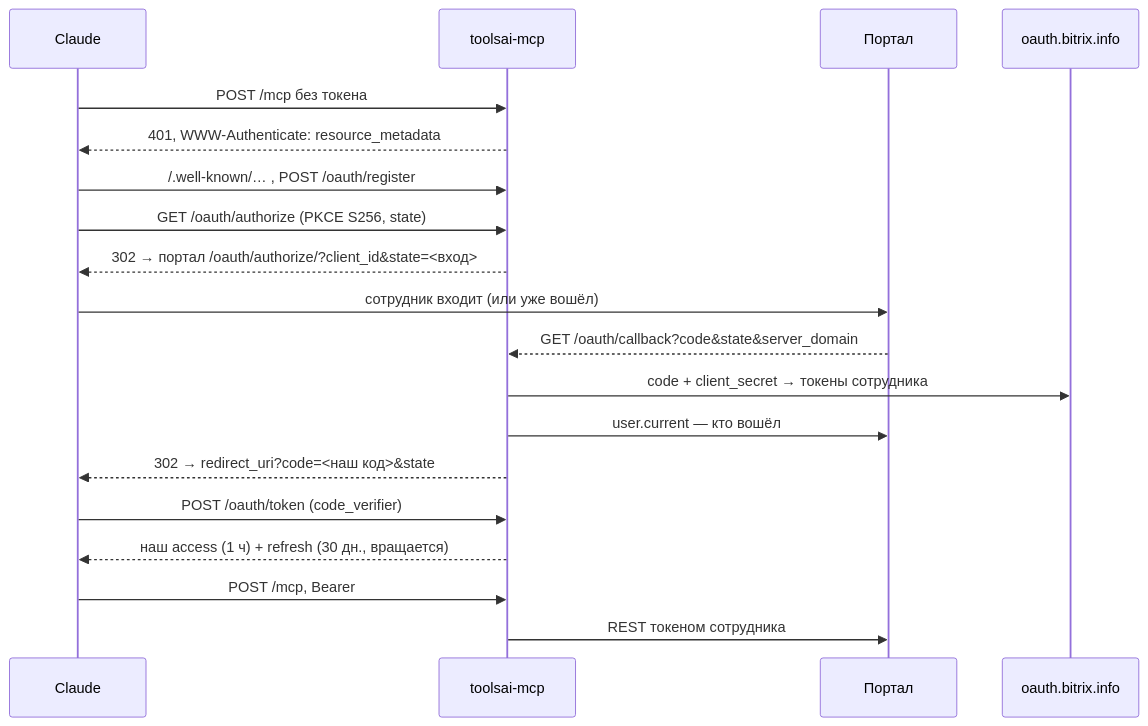
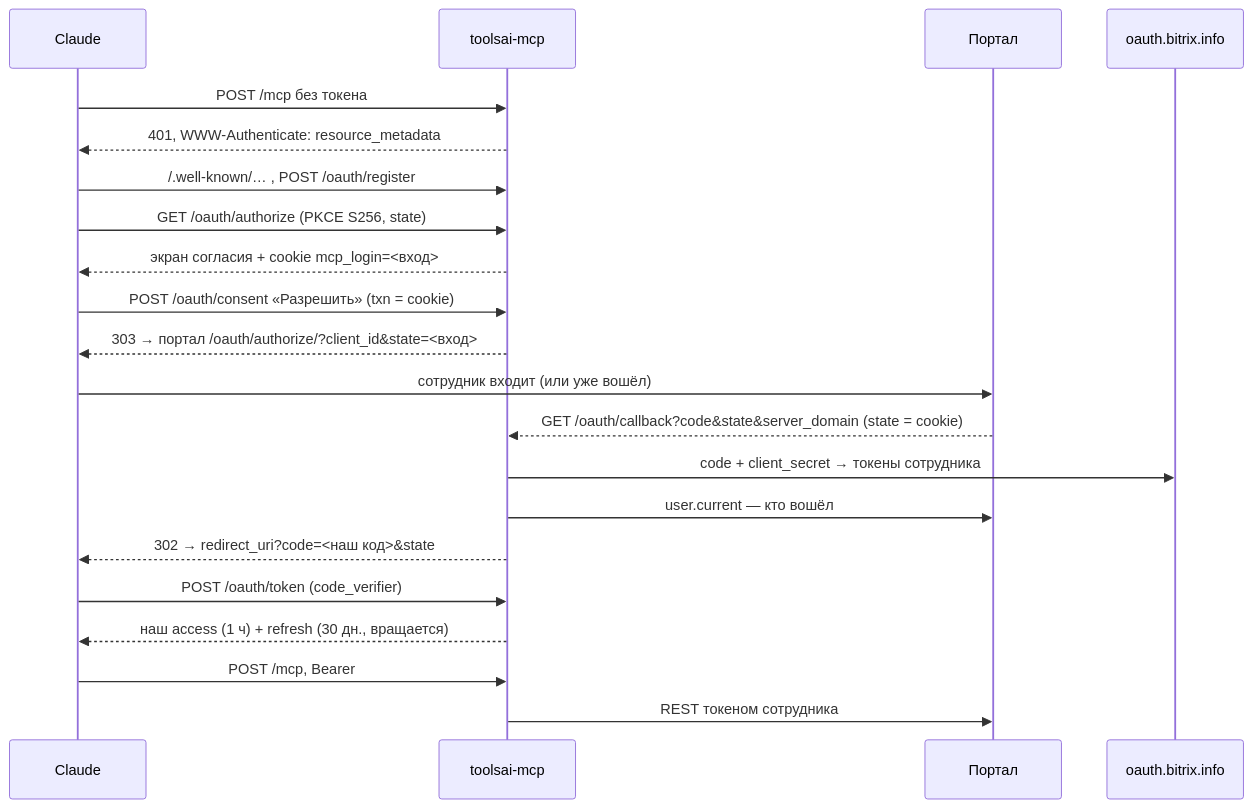
One commit to bx-shef/toolsai-mcp changed the diagram in docs/ARCHITECTURE.md. Above: the diagram before and after it, drawn with Mermaid. The commit also changed other lines of this file and 29 other files, not shown here.

First line of the commit message:
fix(oauth): экран согласия, привязка входа к браузеру и правки по ревью панели

````diff
--- a/docs/ARCHITECTURE.md
+++ b/docs/ARCHITECTURE.md
@@ -18,21 +18,23 @@
 ```mermaid
 sequenceDiagram
   participant C as Claude
   participant M as toolsai-mcp
   participant P as Портал
   participant O as oauth.bitrix.info
   C->>M: POST /mcp без токена
   M-->>C: 401, WWW-Authenticate: resource_metadata
   C->>M: /.well-known/… , POST /oauth/register
   C->>M: GET /oauth/authorize (PKCE S256, state)
-  M-->>C: 302 → портал /oauth/authorize/?client_id&state=<вход>
+  M-->>C: экран согласия + cookie mcp_login=<вход>
+  C->>M: POST /oauth/consent «Разрешить» (txn = cookie)
+  M-->>C: 303 → портал /oauth/authorize/?client_id&state=<вход>
   C->>P: сотрудник входит (или уже вошёл)
-  P-->>M: GET /oauth/callback?code&state&server_domain
+  P-->>M: GET /oauth/callback?code&state&server_domain (state = cookie)
   M->>O: code + client_secret → токены сотрудника
   M->>P: user.current — кто вошёл
   M-->>C: 302 → redirect_uri?code=<наш код>&state
   C->>M: POST /oauth/token (code_verifier)
   M-->>C: наш access (1 ч) + refresh (30 дн., вращается)
   C->>M: POST /mcp, Bearer
   M->>P: REST токеном сотрудника
 ```
````
